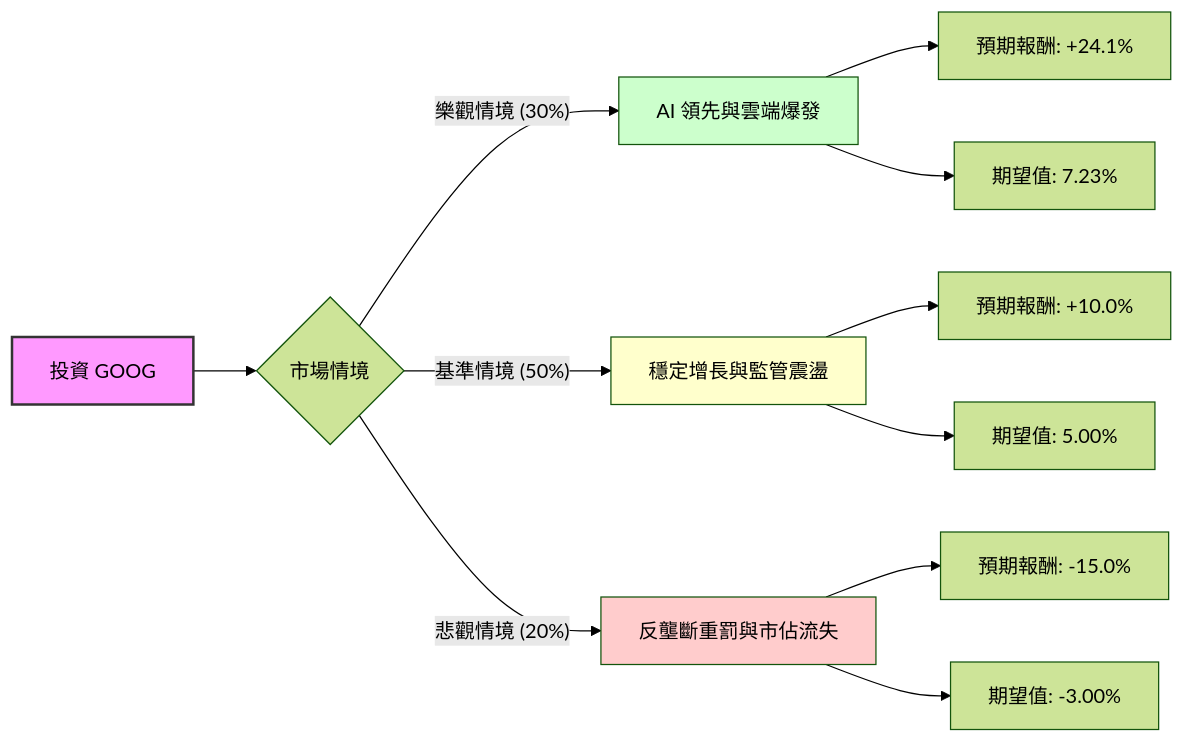
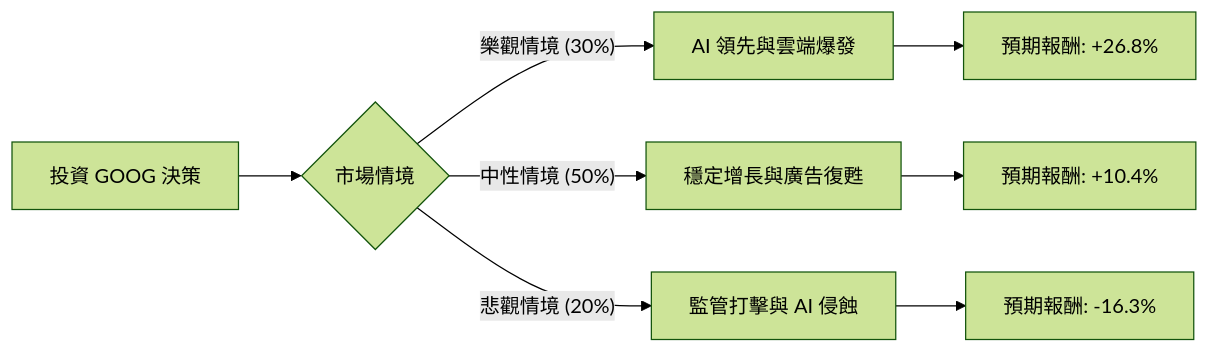
One commit to zmcx16/zmcx16.github.io changed the diagram in plugin-react/ai-analysis/ev-analysis/GOOG.md. Above: the diagram before and after it, drawn with Mermaid (forest theme). The commit also changed other lines of this file and 74 other files, not shown here.

````diff
--- a/plugin-react/ai-analysis/ev-analysis/GOOG.md
+++ b/plugin-react/ai-analysis/ev-analysis/GOOG.md
@@ -24,21 +17,12 @@
 ```mermaid
 graph LR
-    A[投資 GOOG] --> B{市場情境}
+    A[投資 GOOG 決策] --> B{市場情境}
     
     B -- 樂觀情境 (30%) --> C[AI 領先與雲端爆發]
-    C --> C1[預期報酬: +24.1%]
-    C --> C2[期望值: 7.23%]
+    B -- 中性情境 (50%) --> D[穩定增長與廣告復甦]
+    B -- 悲觀情境 (20%) --> E[監管打擊與 AI 侵蝕]
 
-    B -- 基準情境 (50%) --> D[穩定增長與監管震盪]
-    D --> D1[預期報酬: +10.0%]
-    D --> D2[期望值: 5.00%]
-
-    B -- 悲觀情境 (20%) --> E[反壟斷重罰與市佔流失]
-    E --> E1[預期報酬: -15.0%]
-    E --> E2[期望值: -3.00%]
-
-    style A fill:#f9f,stroke:#333,stroke-width:2px
-    style C fill:#ccffcc
-    style D fill:#ffffcc
-    style E fill:#ffcccc
+    C --> C1[預期報酬: +26.8%]
+    D --> D1[預期報酬: +10.4%]
+    E --> E1[預期報酬: -16.3%]
 ```
````
